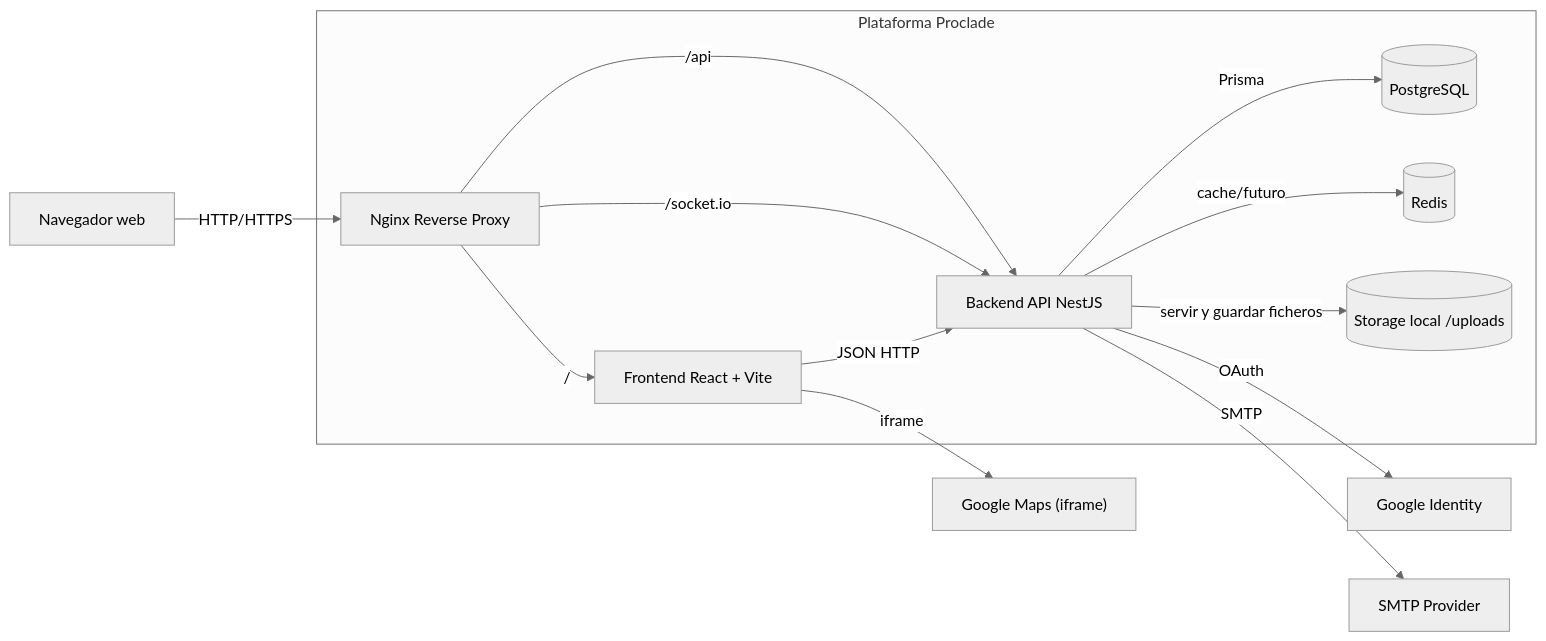
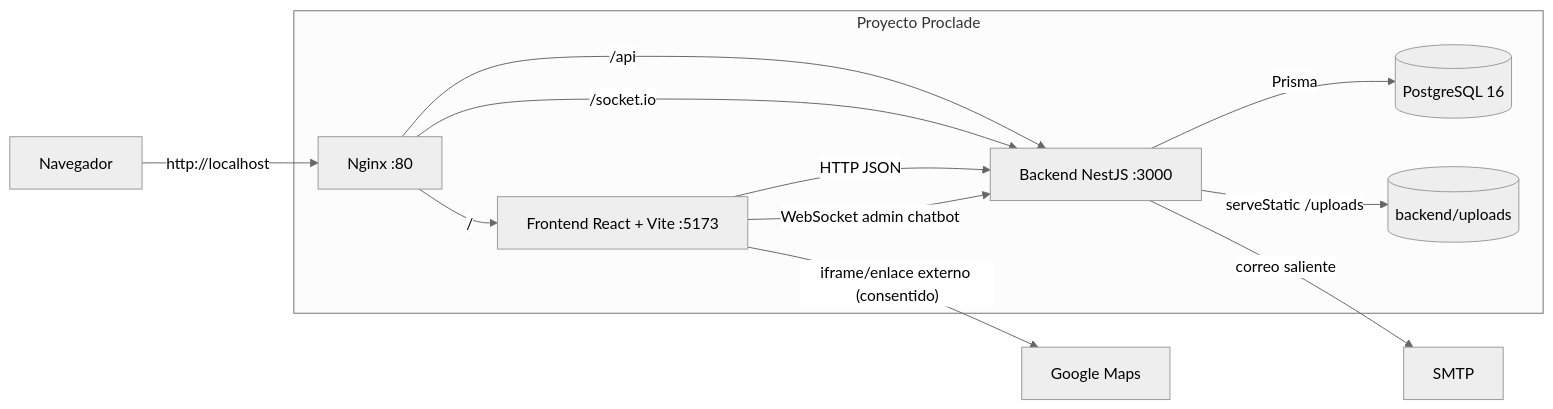
The diagram in docs/02-architecture/02.2-c4-container.md (RoockDev/proyecto-proclade), drawn with Mermaid (neutral theme) before and after one commit. The commit also changed other lines of this file and 42 other files, not shown here.

````diff
--- a/docs/02-architecture/02.2-c4-container.md
+++ b/docs/02-architecture/02.2-c4-container.md
@@ -7,30 +7,27 @@
 ```mermaid
 flowchart LR
-  browser["Navegador web"]
-  google["Google Identity"]
-  smtp["SMTP Provider"]
-  maps["Google Maps (iframe)"]
+  browser["Navegador"]
+  smtp["SMTP"]
+  maps["Google Maps"]
 
-  subgraph system["Plataforma Proclade"]
-    nginx["Nginx Reverse Proxy"]
-    frontend["Frontend React + Vite"]
-    api["Backend API NestJS"]
-    db[("PostgreSQL")]
-    redis[("Redis")]
-    files[("Storage local /uploads")]
+  subgraph system["Proyecto Proclade"]
+    nginx["Nginx :80"]
+    frontend["Frontend React + Vite :5173"]
+    backend["Backend NestJS :3000"]
+    db[("PostgreSQL 16")]
+    files[("backend/uploads")]
   end
 
-  browser -->|"HTTP/HTTPS"| nginx
+  browser -->|"http://localhost"| nginx
   nginx -->|"/"| frontend
-  nginx -->|"/api"| api
-  nginx -->|"/socket.io"| api
+  nginx -->|"/api"| backend
+  nginx -->|"/socket.io"| backend
 
-  frontend -->|"JSON HTTP"| api
-  frontend -->|"iframe"| maps
+  frontend -->|"HTTP JSON"| backend
+  frontend -->|"WebSocket admin chatbot"| backend
+  frontend -->|"iframe/enlace externo (consentido)"| maps
 
-  api -->|"Prisma"| db
-  api -->|"cache/futuro"| redis
-  api -->|"servir y guardar ficheros"| files
-  api -->|"OAuth"| google
-  api -->|"SMTP"| smtp
+  backend -->|"Prisma"| db
+  backend -->|"serveStatic /uploads"| files
+  backend -->|"correo saliente"| smtp
 ```
````
